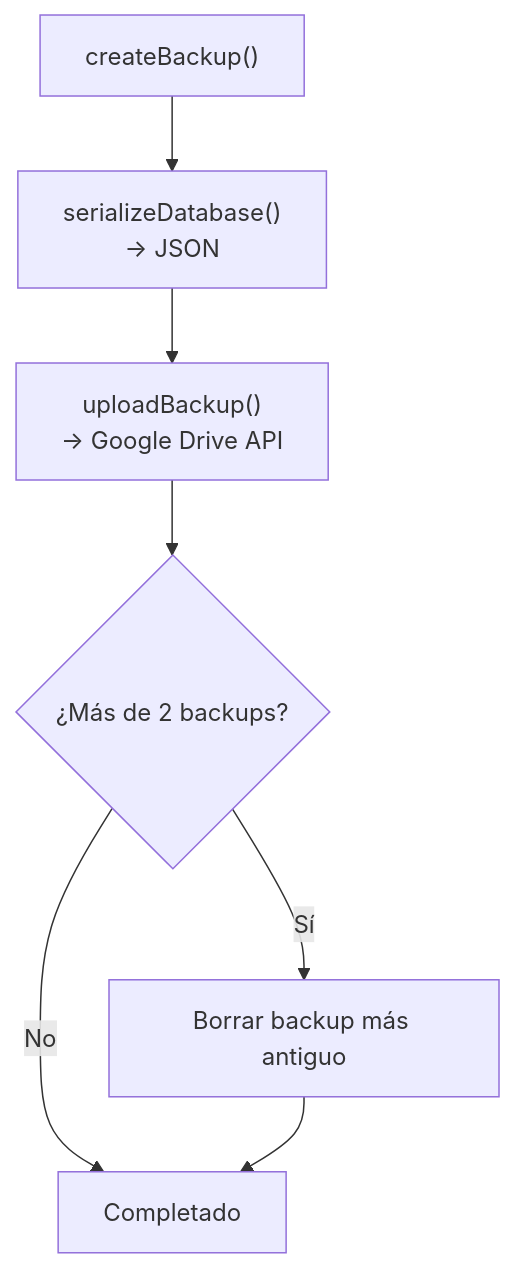
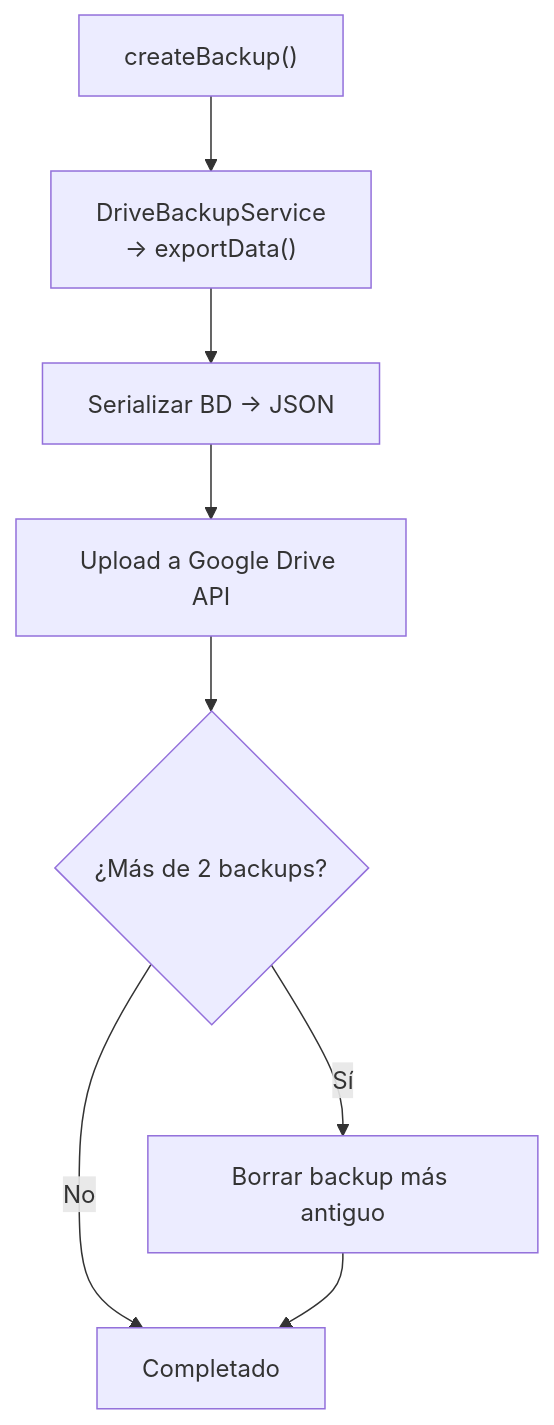
Before and after one commit to Rueda-Juan/gymApp: the sixth of 6 diagrams in Docs/Back.md, drawn with Mermaid. The commit also changed other lines of this file and 189 other files, not shown here.

````diff
--- a/Docs/Back.md
+++ b/Docs/Back.md
@@ -933,9 +990,10 @@
 ```mermaid
 flowchart TD
-    A["createBackup()"] --> B["serializeDatabase()\n→ JSON"]
-    B --> C["uploadBackup()\n→ Google Drive API"]
-    C --> D{"¿Más de 2 backups?"}
-    D -- Sí --> E["Borrar backup más antiguo"]
-    D -- No --> F["Completado"]
-    E --> F
+    A["createBackup()"] --> B["DriveBackupService\n→ exportData()"]
+    B --> C["Serializar BD → JSON"]
+    C --> D["Upload a Google Drive API"]
+    D --> E{"¿Más de 2 backups?"}
+    E -- Sí --> F["Borrar backup más antiguo"]
+    E -- No --> G["Completado"]
+    F --> G
 ```
````
